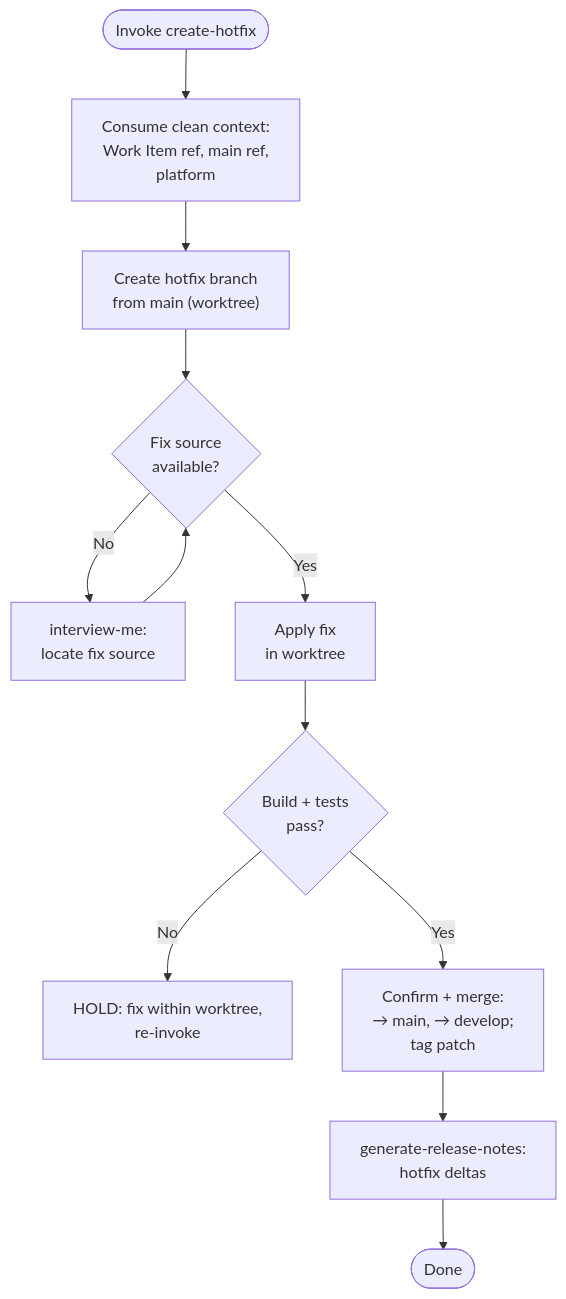
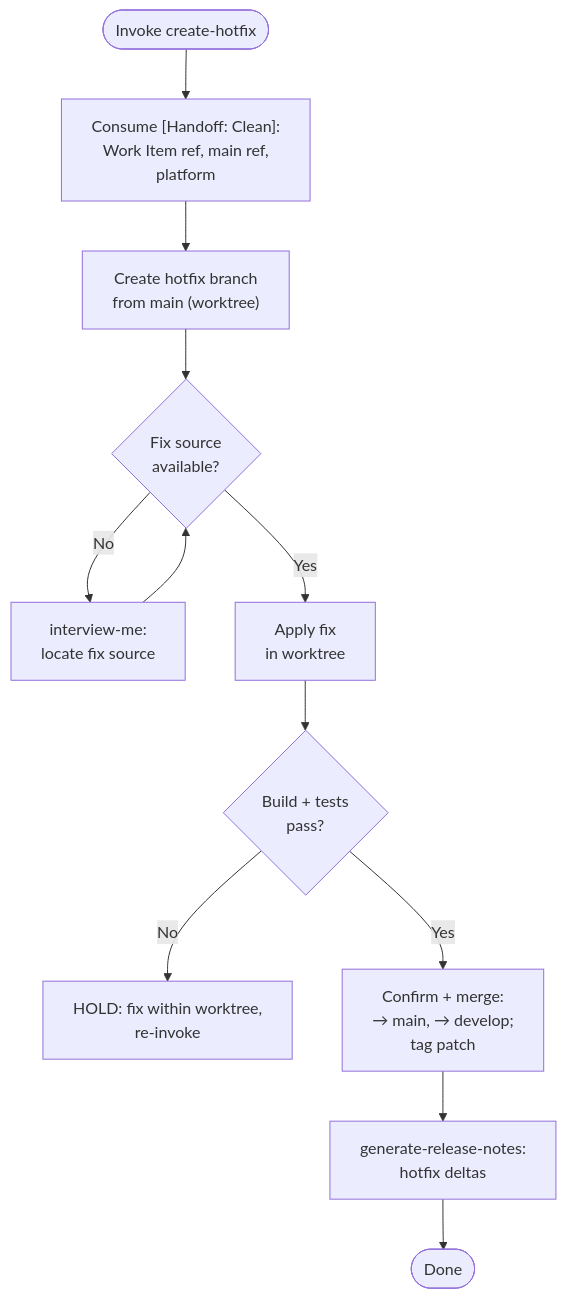
One commit to MegaByteMark/skills-to-pay-the-ai-bills changed the diagram in skills/create-hotfix/SKILL.md. Above: the diagram before and after it, drawn with Mermaid. The commit also changed other lines of this file and 20 other files, not shown here.

First line of the commit message:
feat(agent-handoff): shared contract for agent-to-agent context handoffs

````diff
--- a/skills/create-hotfix/SKILL.md
+++ b/skills/create-hotfix/SKILL.md
@@ -19,14 +20,14 @@
 ```mermaid
 flowchart TD
-    START(["Invoke create-hotfix"]) --> INPUT["Consume clean context:<br>Work Item ref, main ref,<br>platform"]
+    START(["Invoke create-hotfix"]) --> INPUT["Consume [Handoff: Clean]:<br>Work Item ref, main ref,<br>platform"]
     INPUT --> BRANCH["Create hotfix branch<br>from main (worktree)"]
     BRANCH --> FIX{Fix source<br>available?}
     FIX -->|No| ASK["interview-me:<br>locate fix source"]
     ASK --> FIX
     FIX -->|Yes| APPLY["Apply fix<br>in worktree"]
     APPLY --> VALIDATE{Build + tests<br>pass?}
     VALIDATE -->|No| HOLD["HOLD: fix within worktree,<br>re-invoke"]
     VALIDATE -->|Yes| MERGE["Confirm + merge:<br>→ main, → develop;<br>tag patch"]
     MERGE --> NOTES["generate-release-notes:<br>hotfix deltas"]
     NOTES --> DONE(["Done"])
 ```
````
